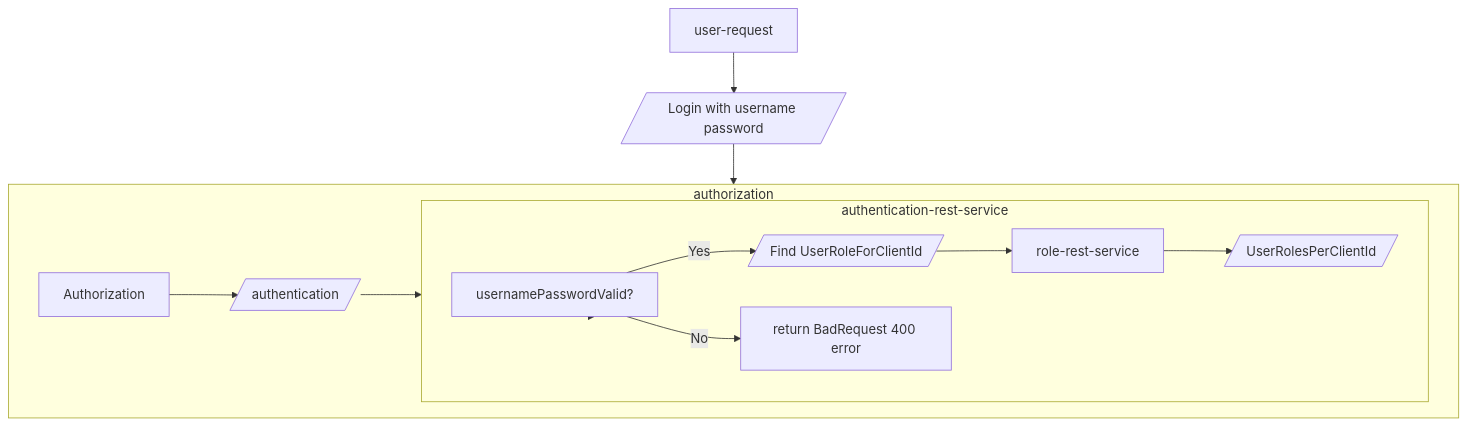
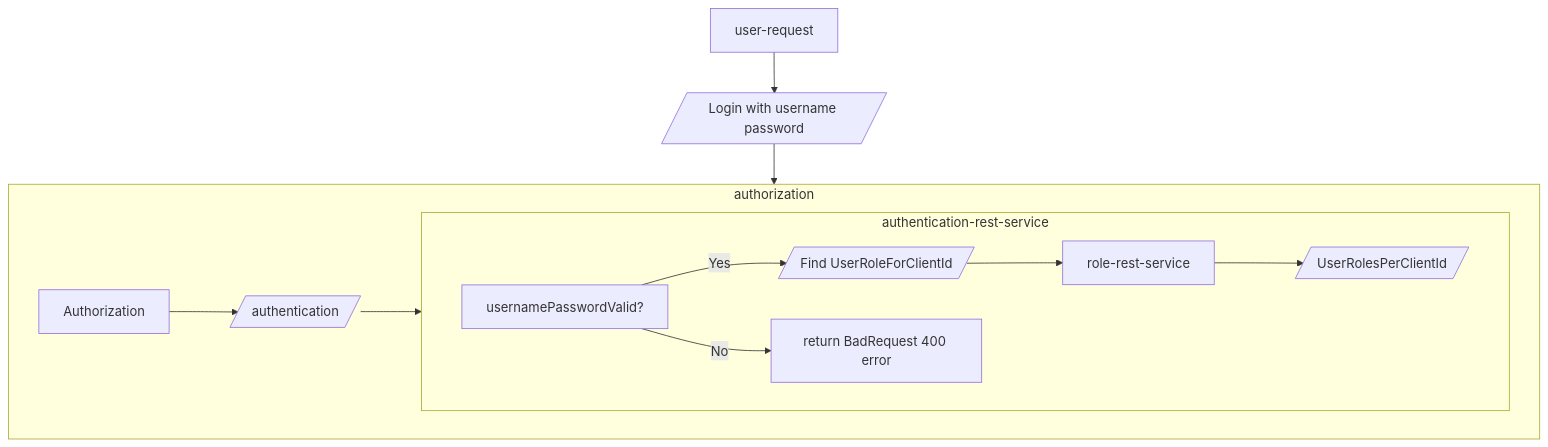
The diagram in README.md (sonamsamdupkhangsar/spring-authorization-serve), drawn with Mermaid before and after one commit.

````diff
--- a/README.md
+++ b/README.md
@@ -35,17 +35,16 @@
 ```mermaid
 flowchart TD
  User[user-request] -->login[/Login with username password/]--> authorization[Authorization]
  
  subgraph authorization
  Authorization-->authenticate[/authentication/]--> authentication
- 
  end
  
  subgraph authentication[authentication-rest-service]
- authentication --> validateUsernameAndPassword["usernamePasswordValid?"]
+ validateUsernameAndPassword["usernamePasswordValid?"]
  validateUsernameAndPassword -->|Yes| getUserRoleForClientId[/Find UserRoleForClientId/]
  validateUsernameAndPassword -->|No| returnError[return BadRequest 400 error]
  getUserRoleForClientId --> role-rest-service--> roles[/UserRolesPerClientId/]
    
  end 
 ```
````
